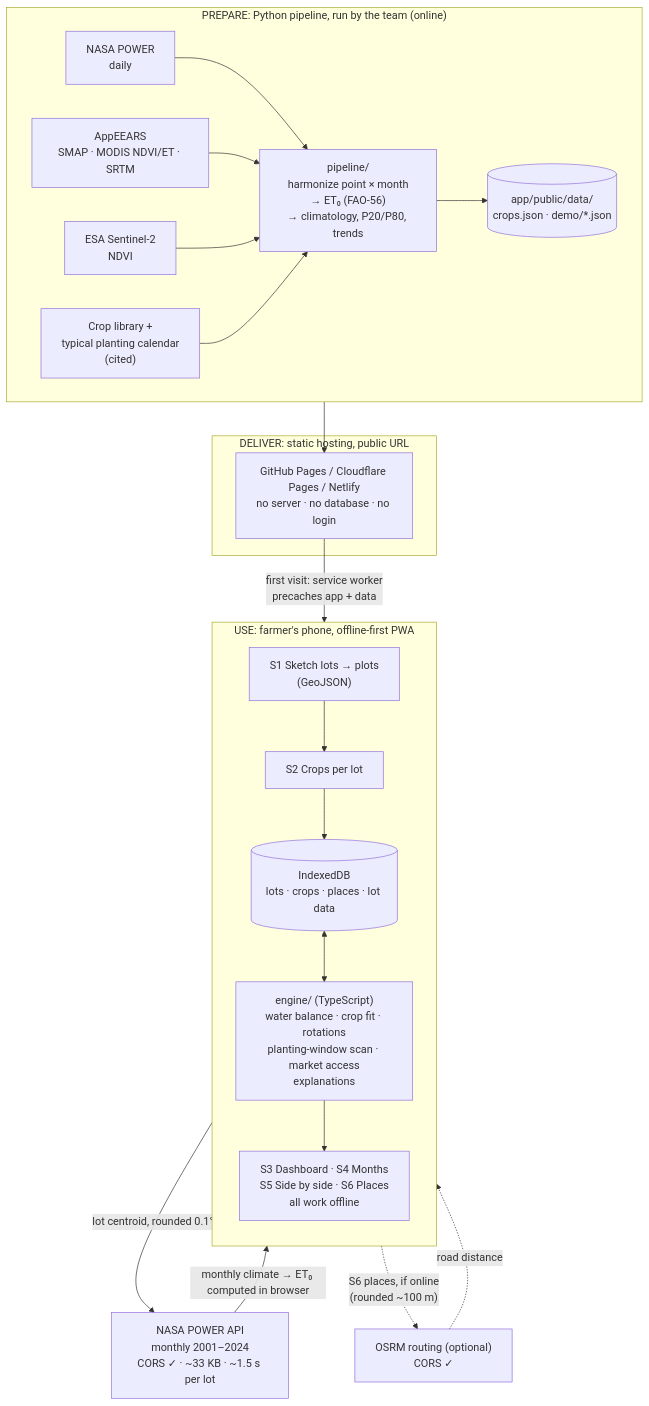
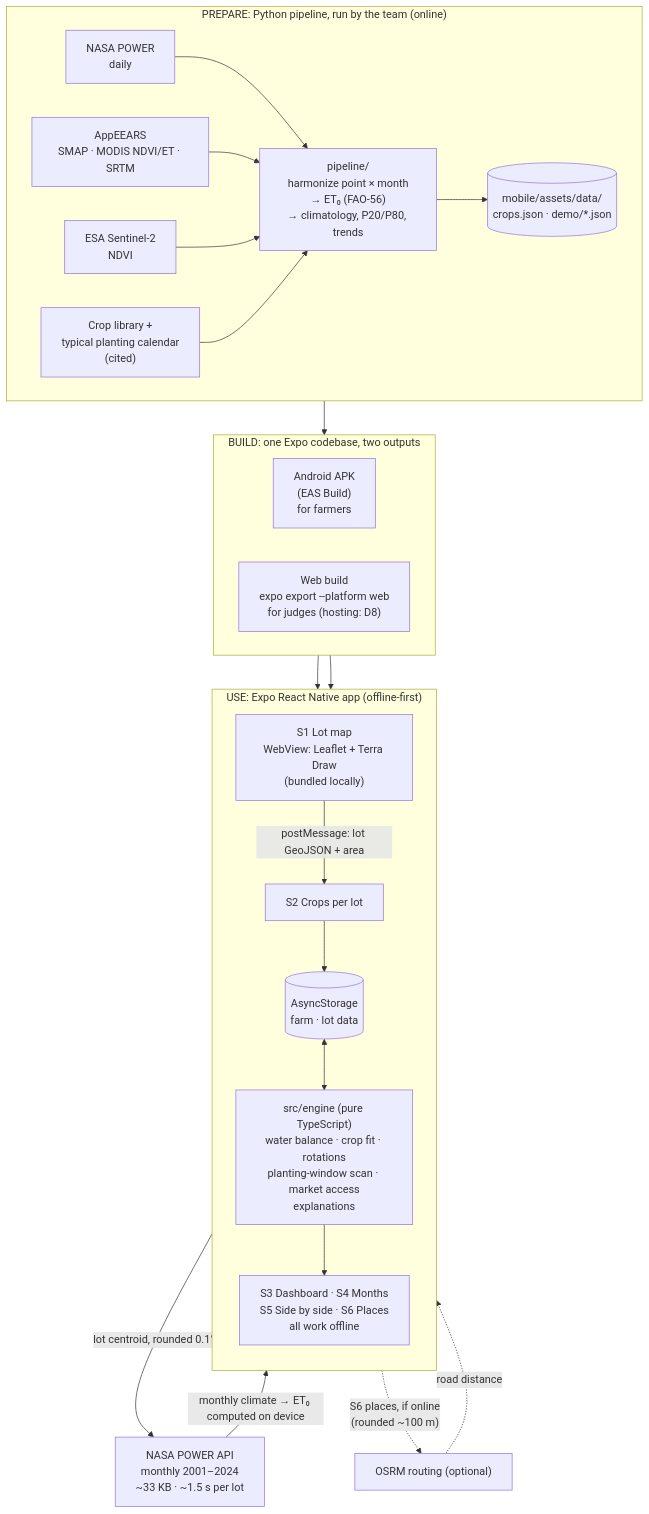
Before and after one commit to GENZ-PH/agrosprout: the first of 3 diagrams in docs/06-architecture.md, drawn with Mermaid. The commit also changed other lines of this file and 14 other files, not shown here.

First line of the commit message:
Switch plan to Expo React Native and record kickoff decisions

````diff
--- a/docs/06-architecture.md
+++ b/docs/06-architecture.md
@@ -7,37 +8,42 @@
 ```mermaid
 flowchart TB
   subgraph PREPARE["PREPARE: Python pipeline, run by the team (online)"]
     direction LR
     P1["NASA POWER<br/>daily"]
     P2["AppEEARS<br/>SMAP · MODIS NDVI/ET · SRTM"]
     P3["ESA Sentinel-2<br/>NDVI"]
     P4["Crop library +<br/>typical planting calendar<br/>(cited)"]
     PIPE["pipeline/<br/>harmonize point × month<br/>→ ET₀ (FAO-56)<br/>→ climatology, P20/P80, trends"]
-    OUT[("app/public/data/<br/>crops.json · demo/*.json")]
+    OUT[("mobile/assets/data/<br/>crops.json · demo/*.json")]
     P1 & P2 & P3 & P4 --> PIPE --> OUT
   end
 
-  subgraph DELIVER["DELIVER: static hosting, public URL"]
-    HOST["GitHub Pages / Cloudflare Pages / Netlify<br/>no server · no database · no login"]
+  subgraph BUILD["BUILD: one Expo codebase, two outputs"]
+    direction LR
+    APK["Android APK<br/>(EAS Build)<br/>for farmers"]
+    WEB["Web build<br/>expo export --platform web<br/>for judges (hosting: D8)"]
   end
 
-  subgraph USE["USE: farmer's phone, offline-first PWA"]
+  subgraph USE["USE: Expo React Native app (offline-first)"]
     direction TB
-    S1["S1 Sketch lots → plots<br/>(GeoJSON)"] --> S2["S2 Crops per lot"]
-    IDB[("IndexedDB<br/>lots · crops · places · lot data")]
-    ENG["engine/ (TypeScript)<br/>water balance · crop fit · rotations<br/>planting-window scan · market access<br/>explanations"]
+    MAP["S1 Lot map<br/>WebView: Leaflet + Terra Draw<br/>(bundled locally)"]
+    S2["S2 Crops per lot"]
+    ST[("AsyncStorage<br/>farm · lot data")]
+    ENG["src/engine (pure TypeScript)<br/>water balance · crop fit · rotations<br/>planting-window scan · market access<br/>explanations"]
     UI["S3 Dashboard · S4 Months<br/>S5 Side by side · S6 Places<br/>all work offline"]
-    S2 --> IDB
-    IDB <--> ENG --> UI
+    MAP -- "postMessage: lot GeoJSON + area" --> S2
+    S2 --> ST
+    ST <--> ENG --> UI
   end
 
-  POWER["NASA POWER API<br/>monthly 2001–2024<br/>CORS ✓ · ~33 KB · ~1.5 s per lot"]
-  OSRM["OSRM routing (optional)<br/>CORS ✓"]
+  POWER["NASA POWER API<br/>monthly 2001–2024<br/>~33 KB · ~1.5 s per lot"]
+  OSRM["OSRM routing (optional)"]
 
-  OUT --> HOST
-  HOST -- "first visit: service worker<br/>precaches app + data" --> S1
-  S1 -- "lot centroid, rounded 0.1°" --> POWER
-  POWER -- "monthly climate → ET₀ computed in browser" --> IDB
+  OUT --> BUILD
+  APK --> USE
+  WEB --> USE
+  MAP -- "lot centroid, rounded 0.1°" --> POWER
+  POWER -- "monthly climate → ET₀ computed on device" --> ST
   UI -. "S6 places, if online<br/>(rounded ~100 m)" .-> OSRM
-  OSRM -. "road distance" .-> IDB
+  OSRM -. "road distance" .-> ST
 ```
````
